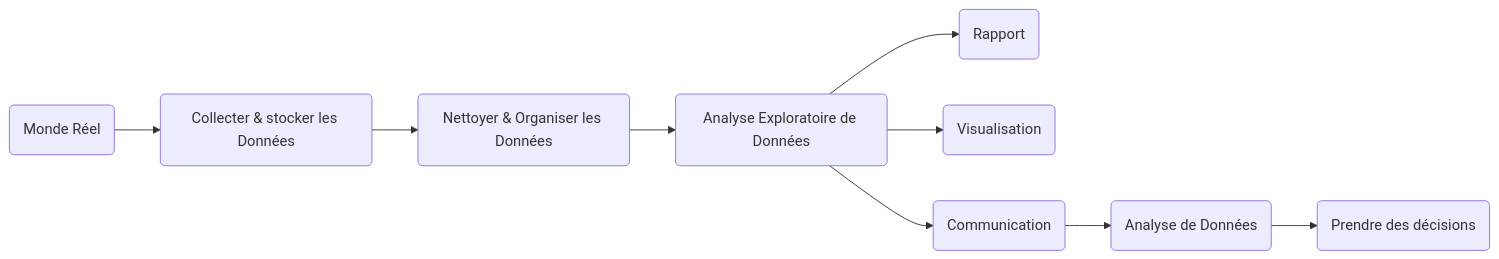
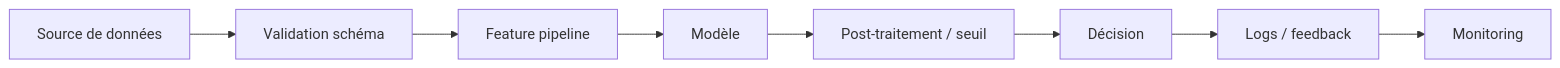
Before and after one commit to michaellaunay/NotesPubliques: the second of 2 diagrams in cours/Machine Learning.md, drawn with Mermaid. The commit also changed other lines of this file, not shown here.

````diff
--- a/cours/Machine Learning.md
+++ b/cours/Machine Learning.md
@@ -39,14 +1655,10 @@
 ```mermaid
 graph LR
-    A("Monde Réel") --> B("Collecter & stocker les Données")
-    B --> C("Nettoyer & Organiser les Données")
-    C --> D("Analyse Exploratoire de Données")
-    
-    D --> E("Rapport")
-    D --> F("Visualisation")
-    D --> G("Communication")
-    
-    G --> H("Analyse de Données")
-    H --> I("Prendre des décisions")
-
+    A[Source de données] --> B[Validation schéma]
+    B --> C[Feature pipeline]
+    C --> D[Modèle]
+    D --> E[Post-traitement / seuil]
+    E --> F[Décision]
+    F --> G[Logs / feedback]
+    G --> H[Monitoring]
 ```
````
